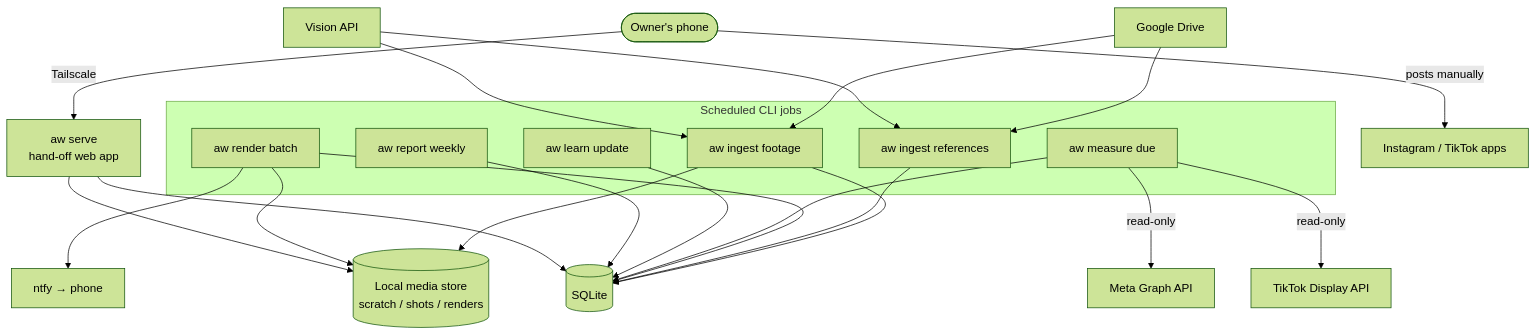
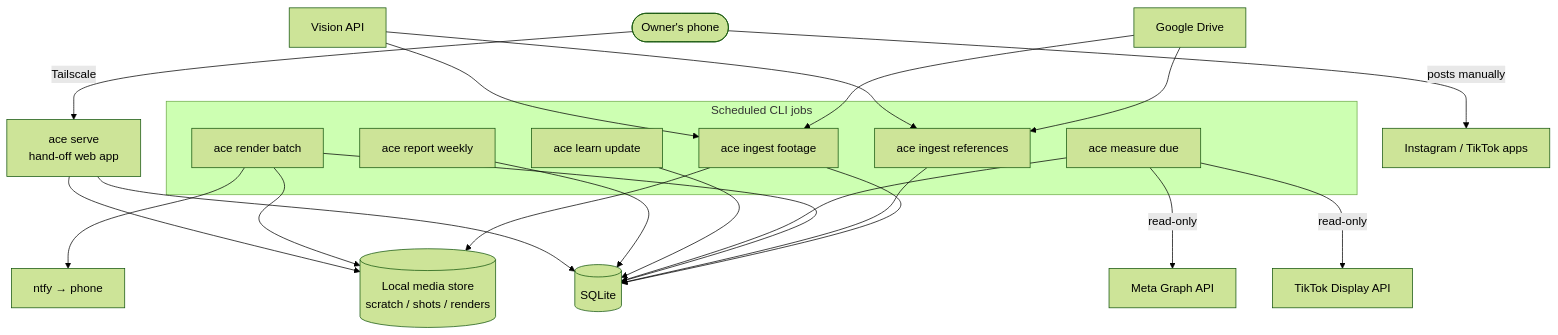
One commit to wesolmsted/auto-content changed the first of 4 diagrams in docs/DESIGN.md. Above: the diagram before and after it, drawn with Mermaid (forest theme). The commit also changed other lines of this file and 2 other files, not shown here.

Commit message:
Rename CLI from aw to ace

````diff
--- a/docs/DESIGN.md
+++ b/docs/DESIGN.md
@@ -39,26 +39,26 @@
 ```mermaid
 flowchart TB
     subgraph Scheduled CLI jobs
-        ING[aw ingest footage]
-        REF[aw ingest references]
-        GEN[aw render batch]
-        MEA[aw measure due]
-        LRN[aw learn update]
-        RPT[aw report weekly]
+        ING[ace ingest footage]
+        REF[ace ingest references]
+        GEN[ace render batch]
+        MEA[ace measure due]
+        LRN[ace learn update]
+        RPT[ace report weekly]
     end
-    WEB[aw serve<br/>hand-off web app]
+    WEB[ace serve<br/>hand-off web app]
 
     DB[(SQLite)]
     FS[(Local media store<br/>scratch / shots / renders)]
 
     DRIVE[Google Drive] --> ING & REF
     VISION[Vision API] --> ING & REF
     ING & REF & GEN & MEA & LRN & RPT & WEB --> DB
     ING & GEN --> FS
     WEB --> FS
     GEN --> NTFY[ntfy → phone]
     PHONE([Owner's phone]) -->|Tailscale| WEB
     PHONE -->|posts manually| APPS[Instagram / TikTok apps]
     MEA -->|read-only| META[Meta Graph API]
     MEA -->|read-only| TT[TikTok Display API]
 ```
````
